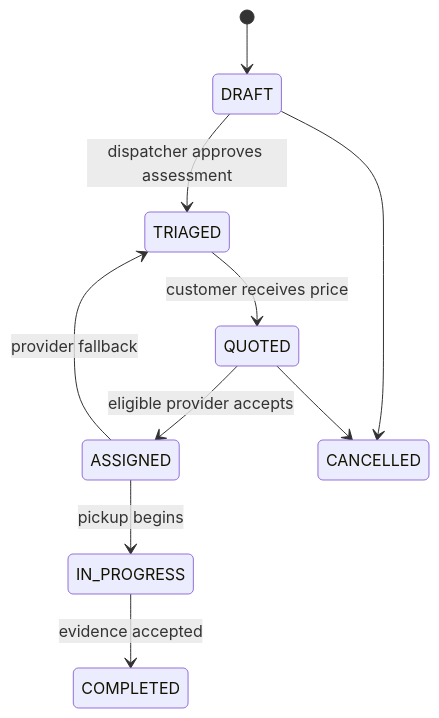
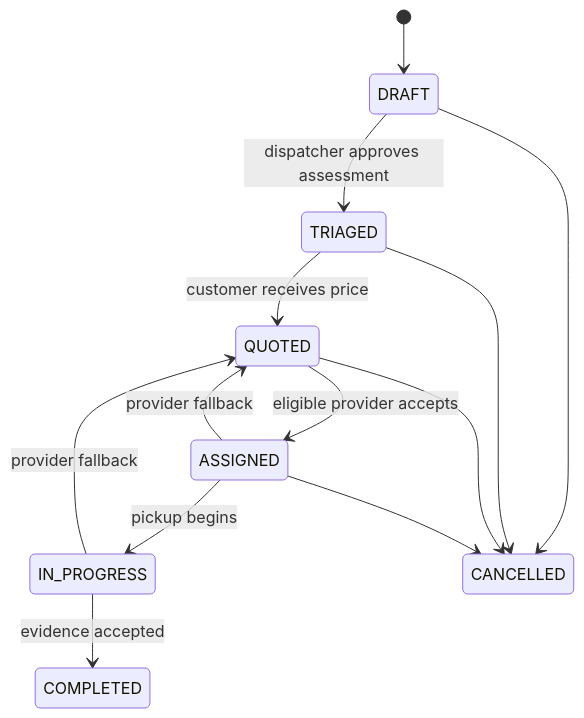
Before and after one commit to HubSolomon/Rescue: the second of 2 diagrams in docs/ARCHITECTURE.md, drawn with Mermaid. The commit also changed other lines of this file and 65 other files, not shown here.

````diff
--- a/docs/ARCHITECTURE.md
+++ b/docs/ARCHITECTURE.md
@@ -32,12 +32,15 @@
 ```mermaid
 stateDiagram-v2
   [*] --> DRAFT
   DRAFT --> TRIAGED: dispatcher approves assessment
   TRIAGED --> QUOTED: customer receives price
   QUOTED --> ASSIGNED: eligible provider accepts
   ASSIGNED --> IN_PROGRESS: pickup begins
   IN_PROGRESS --> COMPLETED: evidence accepted
+  ASSIGNED --> QUOTED: provider fallback
+  IN_PROGRESS --> QUOTED: provider fallback
   DRAFT --> CANCELLED
+  TRIAGED --> CANCELLED
   QUOTED --> CANCELLED
-  ASSIGNED --> TRIAGED: provider fallback
+  ASSIGNED --> CANCELLED
 ```
````
